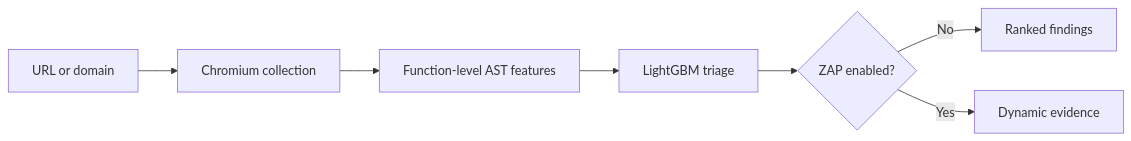
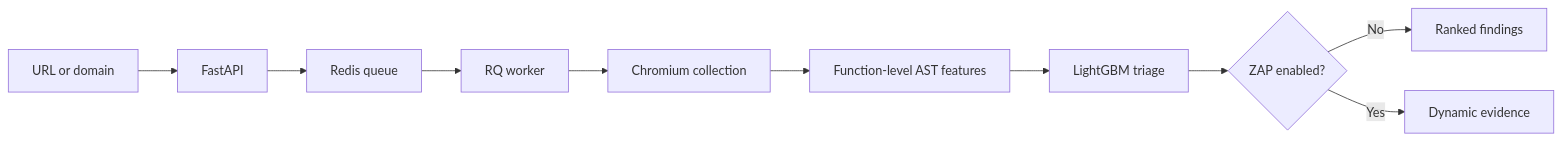
The diagram in README.md (Layansabha/DOM-XSS), drawn with Mermaid before and after one commit. The commit also changed other lines of this file and 25 other files, not shown here.

````diff
--- a/README.md
+++ b/README.md
@@ -35,9 +26,12 @@
 ```mermaid
 flowchart LR
-    A[URL or domain] --> B[Chromium collection]
-    B --> C[Function-level AST features]
-    C --> D[LightGBM triage]
-    D --> E{ZAP enabled?}
-    E -- No --> F[Ranked findings]
-    E -- Yes --> G[Dynamic evidence]
+    A[URL or domain] --> B[FastAPI]
+    B --> C[Redis queue]
+    C --> D[RQ worker]
+    D --> E[Chromium collection]
+    E --> F[Function-level AST features]
+    F --> G[LightGBM triage]
+    G --> H{ZAP enabled?}
+    H -- No --> I[Ranked findings]
+    H -- Yes --> J[Dynamic evidence]
 ```
````
